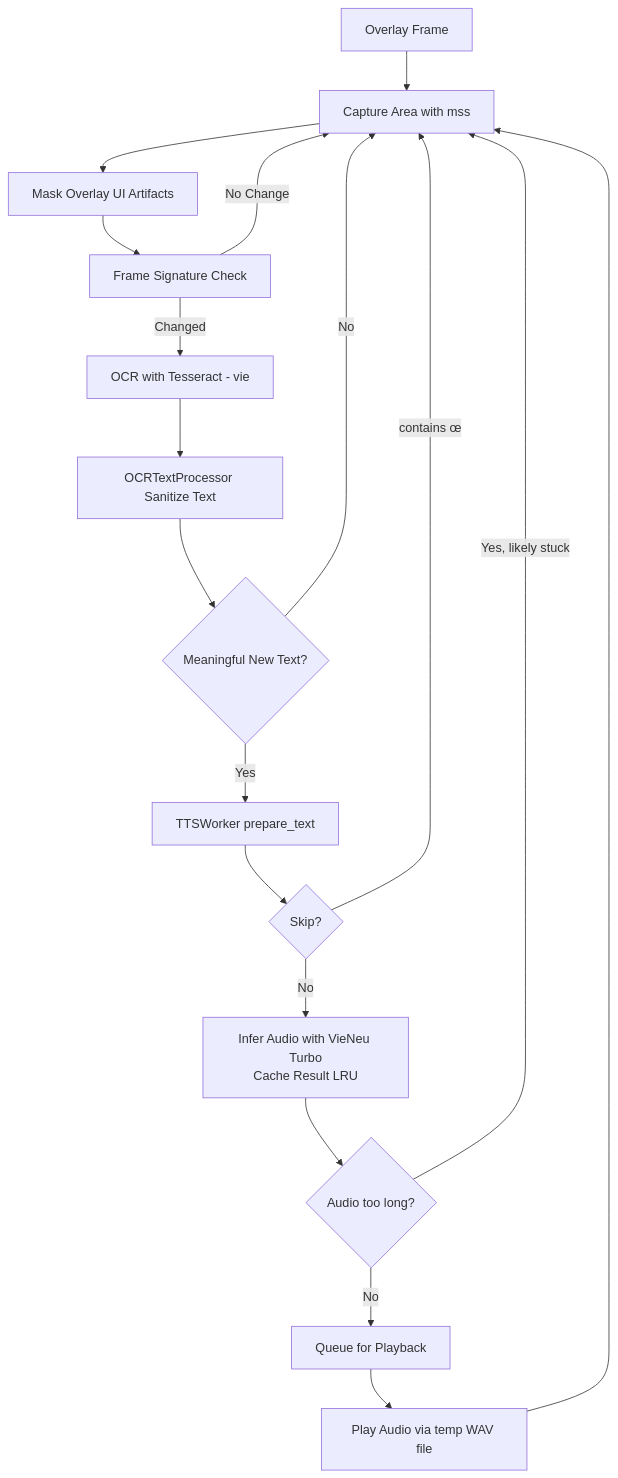
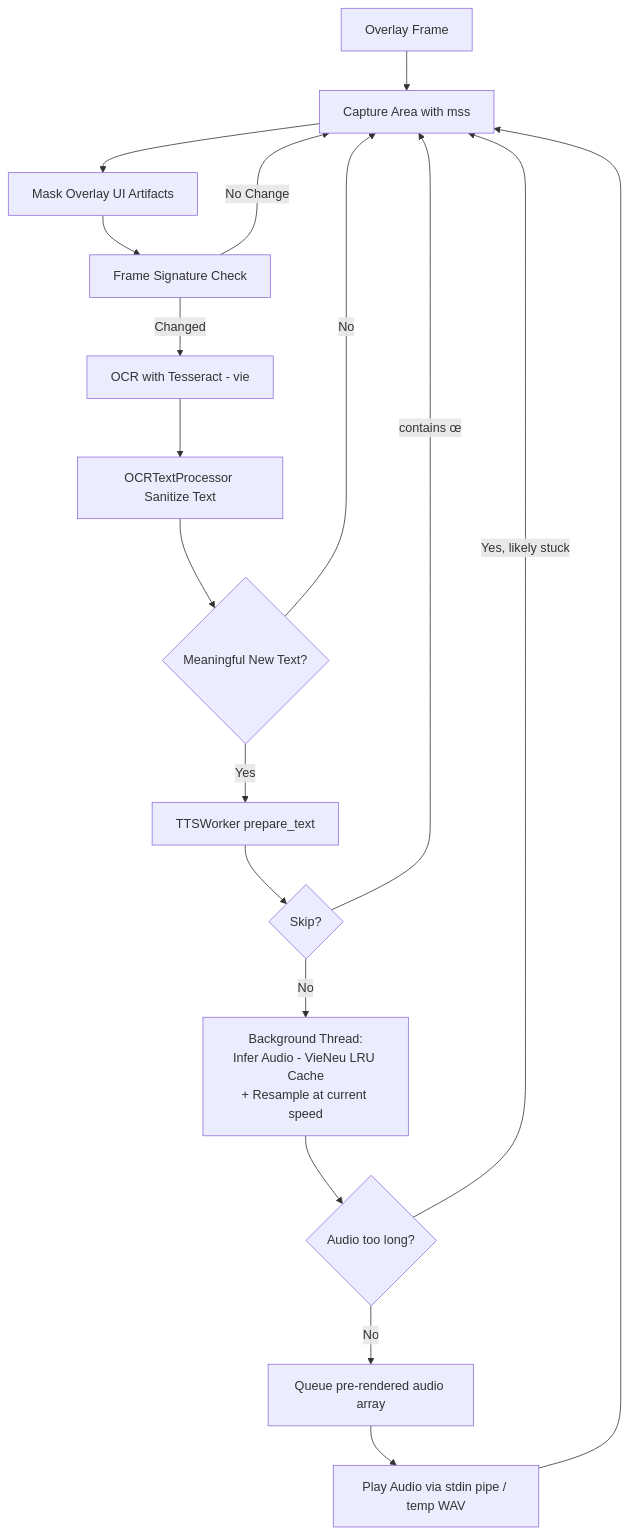
One commit to famtong8-dev/w3-speak-shot changed the diagram in README.md. Above: the diagram before and after it, drawn with Mermaid. The commit also changed other lines of this file and 2 other files, not shown here.

````diff
--- a/README.md
+++ b/README.md
@@ -85,20 +96,20 @@
 ```mermaid
 flowchart TD
     A[Overlay Frame] --> B[Capture Area with mss]
     B --> C[Mask Overlay UI Artifacts]
     C --> D[Frame Signature Check]
     D -- No Change --> B
     D -- Changed --> E[OCR with Tesseract - vie]
     E --> F[OCRTextProcessor Sanitize Text]
     F --> G{Meaningful New Text?}
     G -- No --> B
     G -- Yes --> H[TTSWorker prepare_text]
     H --> I{Skip?}
     I -- contains œ --> B
-    I -- No --> J[Infer Audio with VieNeu Turbo<br/>Cache Result LRU]
+    I -- No --> J[Background Thread:<br/>Infer Audio - VieNeu LRU Cache<br/>+ Resample at current speed]
     J --> K{Audio too long?}
     K -- Yes, likely stuck --> B
-    K -- No --> L[Queue for Playback]
-    L --> M[Play Audio via temp WAV file]
+    K -- No --> L[Queue pre-rendered audio array]
+    L --> M[Play Audio via stdin pipe / temp WAV]
     M --> B
 ```
````
